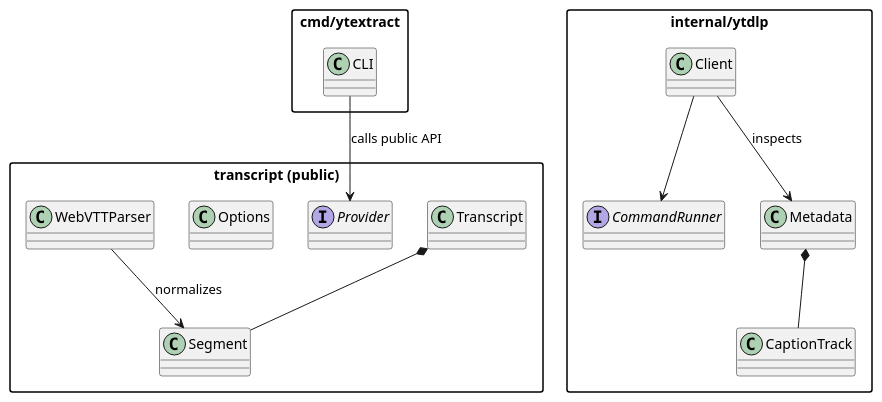
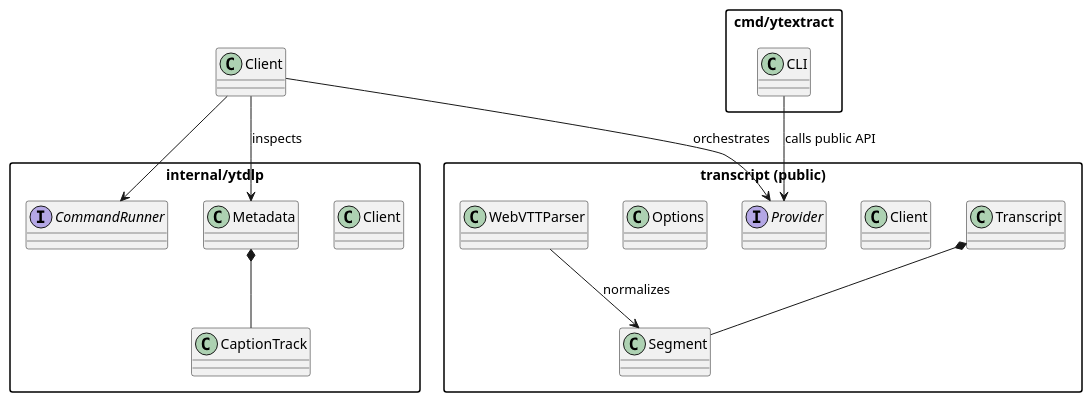
One commit to mpsanders/voxscripta changed the diagram in docs/uml/packages.puml. Above: the diagram before and after it, drawn with PlantUML. The commit also changed 7 other files, not shown here.

```diff
--- a/docs/uml/packages.puml
+++ b/docs/uml/packages.puml
@@ -1,29 +1,31 @@
 @startuml
 skinparam packageStyle rectangle
 
 package "transcript (public)" {
   class Transcript
   class Segment
+  class Client
   interface Provider
   class Options
   class WebVTTParser
 }
 
 package "internal/ytdlp" {
   class Client
   interface CommandRunner
   class Metadata
   class CaptionTrack
 }
 
 package "cmd/ytextract" {
   class CLI
 }
 
 CLI --> Provider : calls public API
+Client --> Provider : orchestrates
 Client --> CommandRunner
 Client --> Metadata : inspects
 Metadata *-- CaptionTrack
 Transcript *-- Segment
 WebVTTParser --> Segment : normalizes
 @enduml
```
